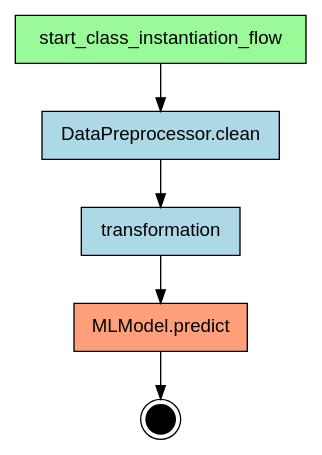
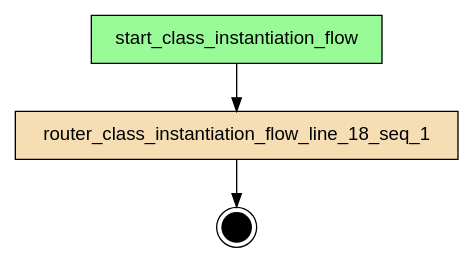
Before and after one commit to deliveryhero/asya: the diagram in examples/flows/compiled/sequential_with_class/flow.dot, drawn with Graphviz. The commit also changed 210 other files, not shown here.

First line of the commit message:
feat: add .asya/ config for example flows, update flow-dsl.md

```diff
--- a/examples/flows/compiled/sequential_with_class/flow.dot
+++ b/examples/flows/compiled/sequential_with_class/flow.dot
@@ -1,18 +1,14 @@
 digraph "class_instantiation_flow" {
     rankdir=TB;
     node [shape=box, style=filled, fontname="Helvetica"];
 
     { rank=source; start_class_instantiation_flow; }
 
-    sequential_with_class_DataPreprocessor_clean [label="DataPreprocessor.clean", fillcolor=lightblue];
-    sequential_with_class_MLModel_predict [label="MLModel.predict", fillcolor=lightsalmon];
+    router_class_instantiation_flow_line_18_seq_1 [label="router_class_instantiation_flow_line_18_seq_1", fillcolor=wheat];
     start_class_instantiation_flow [label="start_class_instantiation_flow", fillcolor=palegreen];
-    transformation [label="transformation", fillcolor=lightblue];
 
     __end__ [label="", shape=doublecircle, fillcolor=black, width=0.3, fixedsize=true];
 
-    start_class_instantiation_flow -> sequential_with_class_DataPreprocessor_clean;
-    sequential_with_class_DataPreprocessor_clean -> transformation;
-    transformation -> sequential_with_class_MLModel_predict;
-    sequential_with_class_MLModel_predict -> __end__;
+    start_class_instantiation_flow -> router_class_instantiation_flow_line_18_seq_1;
+    router_class_instantiation_flow_line_18_seq_1 -> __end__;
 }
```
